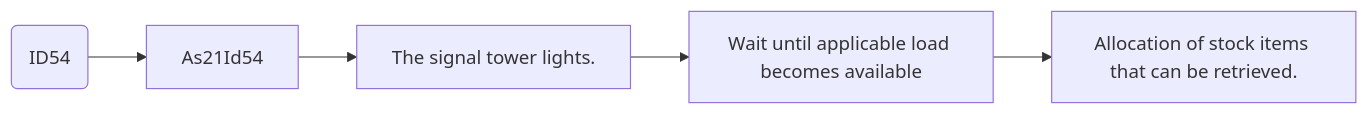
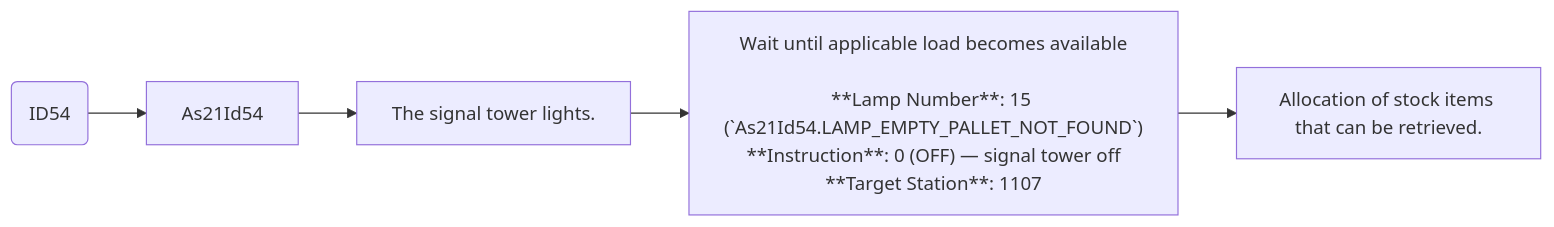
Before and after one commit to luthfiadityaa/SimeDarby-Wiki: the seventh of 14 diagrams in Basic-Design/DFD-WMS/Retrieval/Stacked-Empty-Pallet.md, drawn with Mermaid. The commit also changed other lines of this file and 4 other files, not shown here.

First line of the commit message:
Update retrieval wiki: station groups, lamp 15, display panels, route restrictions

```diff
--- a/Basic-Design/DFD-WMS/Retrieval/Stacked-Empty-Pallet.md
+++ b/Basic-Design/DFD-WMS/Retrieval/Stacked-Empty-Pallet.md
@@ -178,22 +204,26 @@
 ::: mermaid
 flowchart LR
 
 id50msg("
 ID54
 ")
 
 buttonlight["
 The signal tower lights.
 "]
 
 releaseCommand2["
 Wait until applicable load becomes available
+
+**Lamp Number**: 15 (`As21Id54.LAMP_EMPTY_PALLET_NOT_FOUND`)
+**Instruction**: 0 (OFF) — signal tower off
+**Target Station**: 1107
 "]
 
 releaseCommand3["
 Allocation of stock items that can be retrieved. 
 "]
 
 id50msg --> As21Id54
 As21Id54 --> buttonlight --> releaseCommand2 --> releaseCommand3
 :::
```
